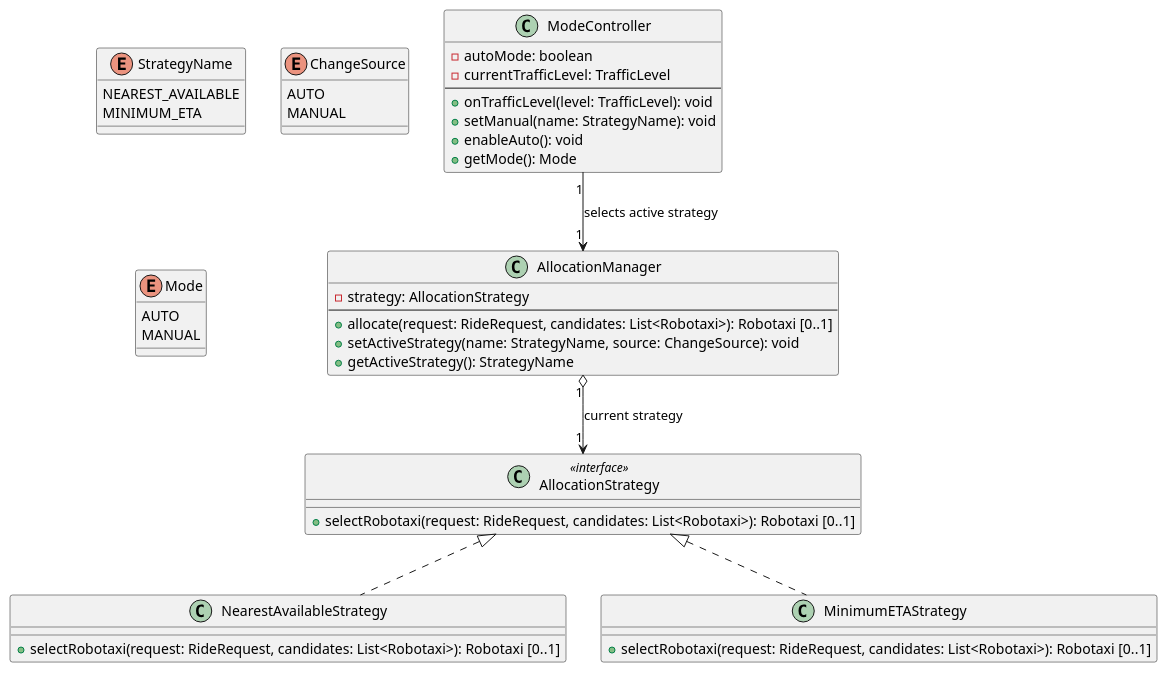
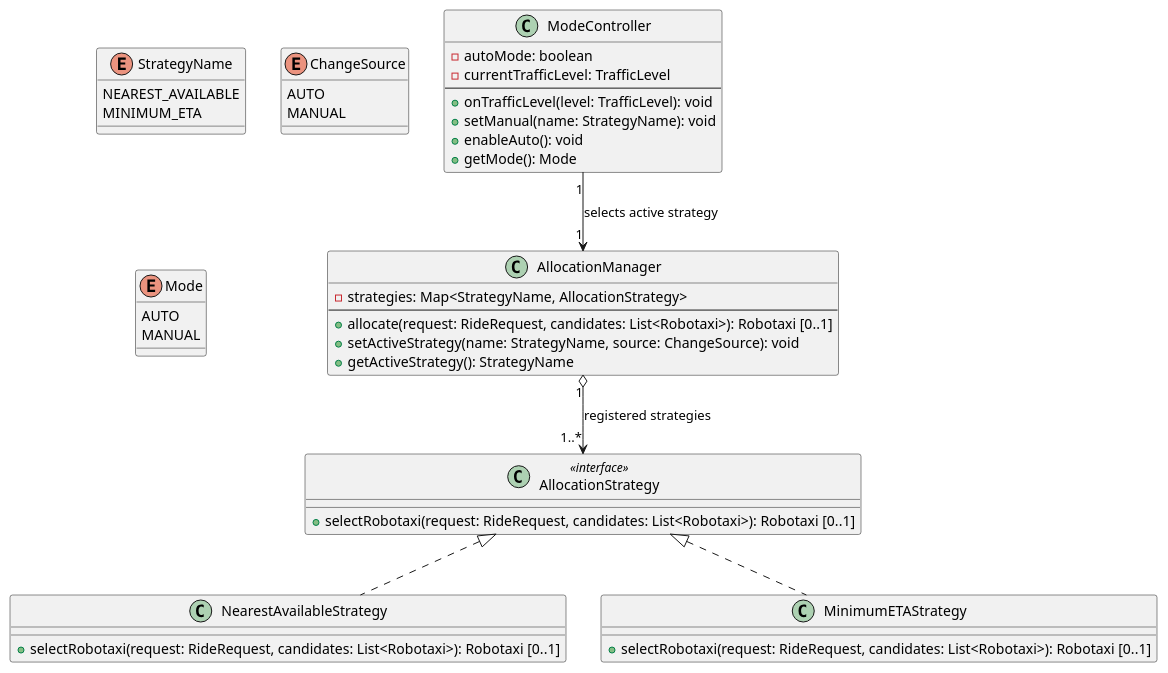
The second of 10 diagrams in Implementation/docs/DD.md (meggie-0/SE4A_ROAd_MargheritaBertipaglia_DavidCazzaniga_PasqualeIgnarra_Project), drawn with PlantUML before and after one commit. The commit also changed other lines of this file and 9 other files, not shown here.

````diff
--- a/Implementation/docs/DD.md
+++ b/Implementation/docs/DD.md
@@ -446,52 +459,52 @@
 ```plantuml
 class AllocationStrategy <<interface>> {
     + selectRobotaxi(request: RideRequest, candidates: List<Robotaxi>): Robotaxi [0..1]
 }
 
 class NearestAvailableStrategy {
     + selectRobotaxi(request: RideRequest, candidates: List<Robotaxi>): Robotaxi [0..1]
 }
 
 class MinimumETAStrategy {
     + selectRobotaxi(request: RideRequest, candidates: List<Robotaxi>): Robotaxi [0..1]
 }
 
 class AllocationManager {
-    - strategy: AllocationStrategy
+    - strategies: Map<StrategyName, AllocationStrategy>
     --
     + allocate(request: RideRequest, candidates: List<Robotaxi>): Robotaxi [0..1]
     + setActiveStrategy(name: StrategyName, source: ChangeSource): void
     + getActiveStrategy(): StrategyName
 }
 
 class ModeController {
     - autoMode: boolean
     - currentTrafficLevel: TrafficLevel
     --
     + onTrafficLevel(level: TrafficLevel): void
     + setManual(name: StrategyName): void
     + enableAuto(): void
     + getMode(): Mode
 }
 
 enum StrategyName {
     NEAREST_AVAILABLE
     MINIMUM_ETA
 }
 
 enum ChangeSource {
     AUTO
     MANUAL
 }
 
 enum Mode {
     AUTO
     MANUAL
 }
 
 AllocationStrategy <|.. NearestAvailableStrategy
 AllocationStrategy <|.. MinimumETAStrategy
 
-AllocationManager "1" o--> "1" AllocationStrategy : current strategy
+AllocationManager "1" o--> "1..*" AllocationStrategy : registered strategies
 ModeController "1" --> "1" AllocationManager : selects active strategy
 ```
````
